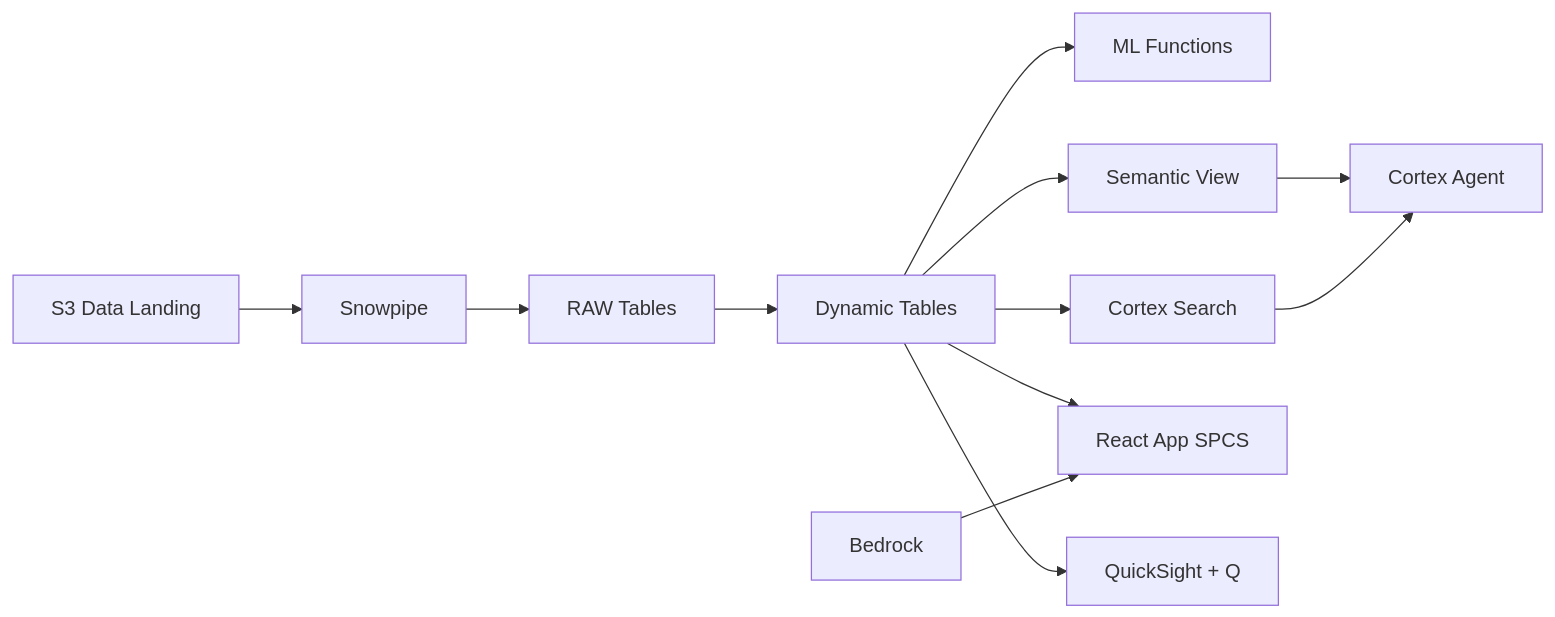
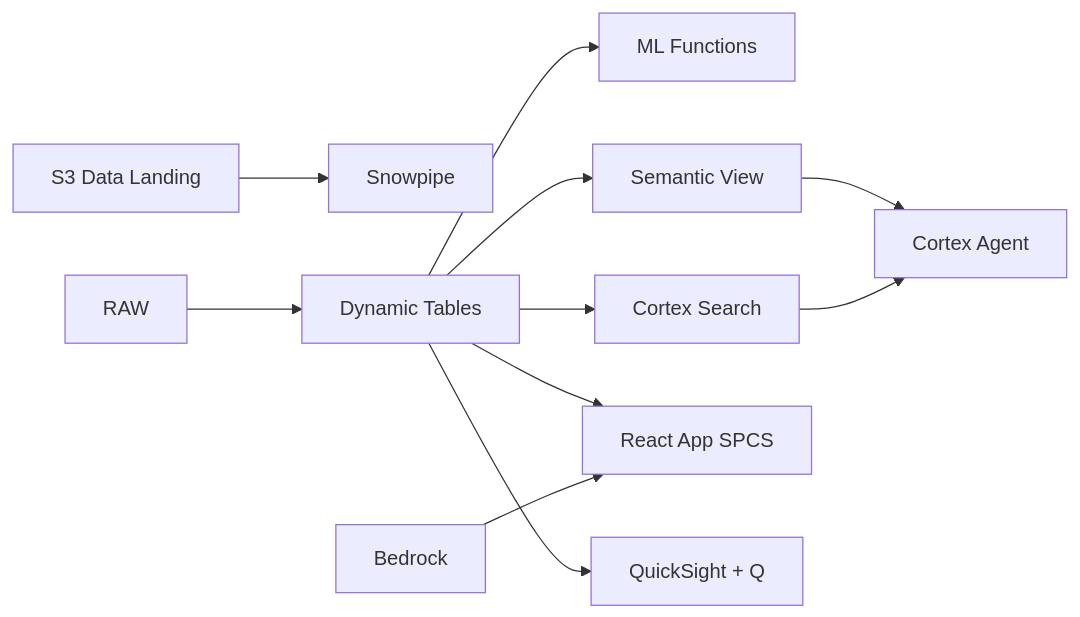
One commit to sfc-gh-jasvestis/aws-malaysia-palm-oil-traceability changed the diagram in README.md. Above: the diagram before and after it, drawn with Mermaid. The commit also changed 7 other files, not shown here.

Commit message:
Fix: add all source files, .gitignore, fix Mermaid diagram

````diff
--- a/README.md
+++ b/README.md
@@ -9,14 +9,13 @@
 ```mermaid
 flowchart LR
     S3[S3 Data Landing] --> SP[Snowpipe]
-    SP --> RAW[RAW Tables]
     RAW --> DT[Dynamic Tables]
     DT --> ML[ML Functions]
     DT --> SEARCH[Cortex Search]
     DT --> SV[Semantic View]
     SV --> AGENT[Cortex Agent]
     SEARCH --> AGENT
     DT --> APP[React App SPCS]
     BR[Bedrock] --> APP
     DT --> QS[QuickSight + Q]
 ```
````
